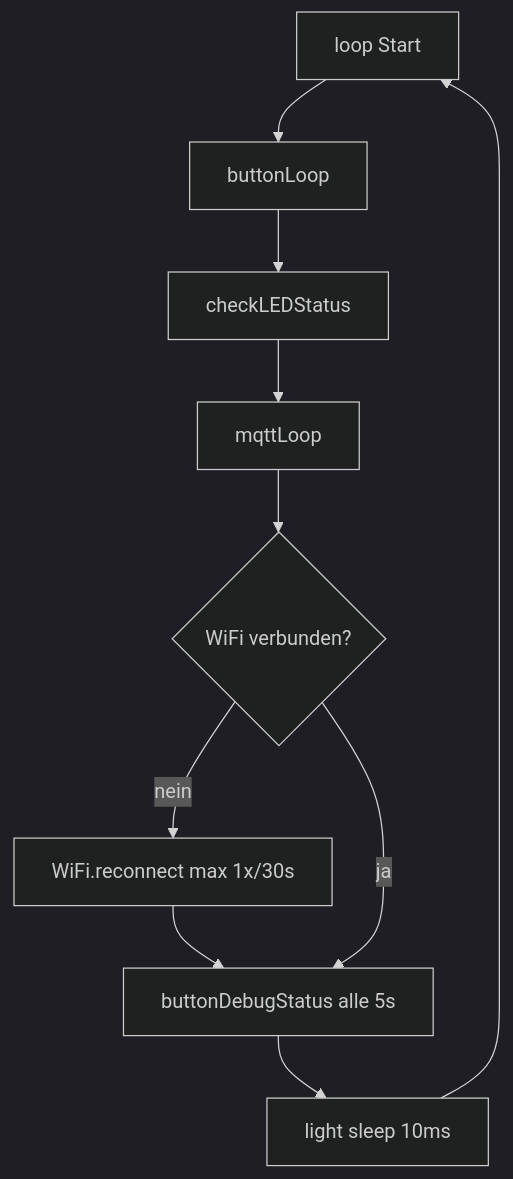
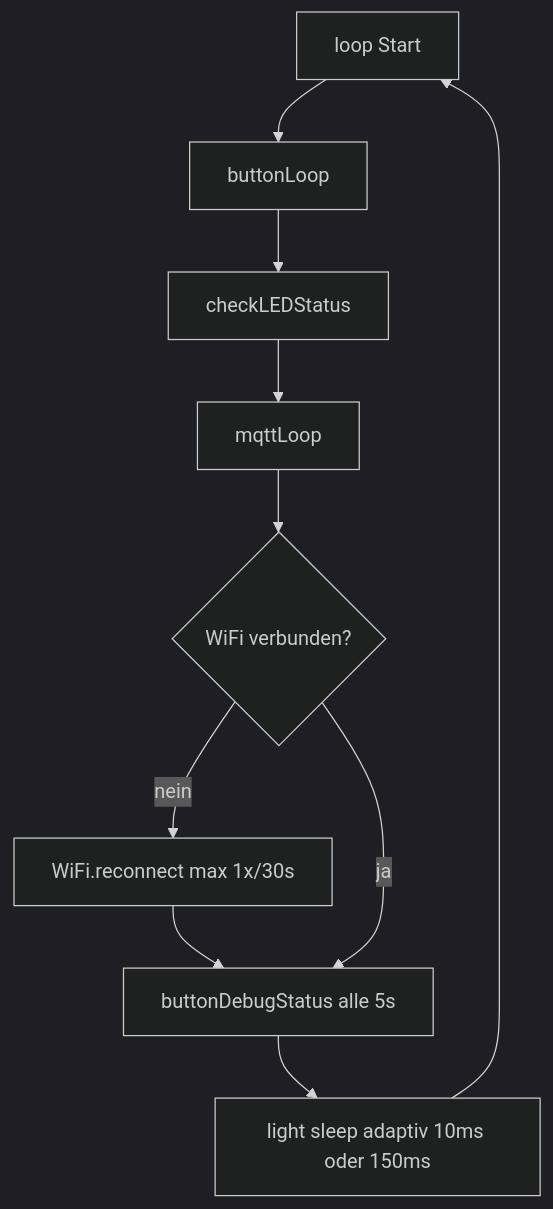
The fourth of 4 diagrams in docs/ARCHITECTURE.md (EyJunge1/chaya2mqtt), drawn with Mermaid (dark theme) before and after one commit. The commit also changed other lines of this file and 8 other files, not shown here.

First line of the commit message:
Add button LED transmission state check and refine light sleep logic

````diff
--- a/docs/ARCHITECTURE.md
+++ b/docs/ARCHITECTURE.md
@@ -100,17 +100,17 @@
 ```mermaid
 flowchart TD
     start[loop Start]
     btn[buttonLoop]
     led[checkLEDStatus]
     mq[mqttLoop]
     wifi{WiFi verbunden?}
     recon[WiFi.reconnect max 1x/30s]
     dbg[buttonDebugStatus alle 5s]
-    wait[light sleep 10ms]
+    wait[light sleep adaptiv 10ms oder 150ms]
 
     start --> btn --> led --> mq
     mq --> wifi
     wifi -->|nein| recon --> dbg
     wifi -->|ja| dbg
     dbg --> wait --> start
 ```
````
